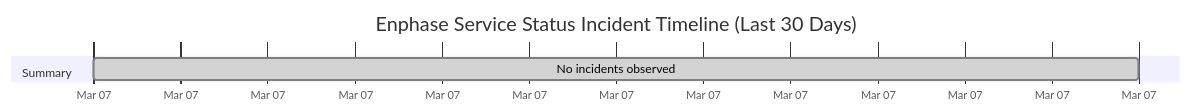
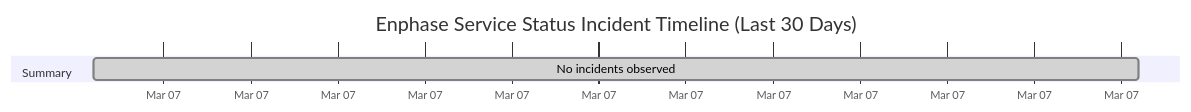
Before and after one commit to barneyonline/ha-enphase-ev-charger: the diagram in wiki/Service-Status-History.md, drawn with Mermaid. The commit also changed other lines of this file and 3 other files, not shown here.

````diff
--- a/wiki/Service-Status-History.md
+++ b/wiki/Service-Status-History.md
@@ -14,8 +14,8 @@
 ```mermaid
 gantt
     title Enphase Service Status Incident Timeline (Last 30 Days)
     dateFormat  YYYY-MM-DDTHH:mm:ss
     axisFormat  %b %d
     section Summary
-    No incidents observed :done, 2026-03-07T17:14:05, 1m
+    No incidents observed :done, 2026-03-07T18:20:56, 1m
 ```
````
